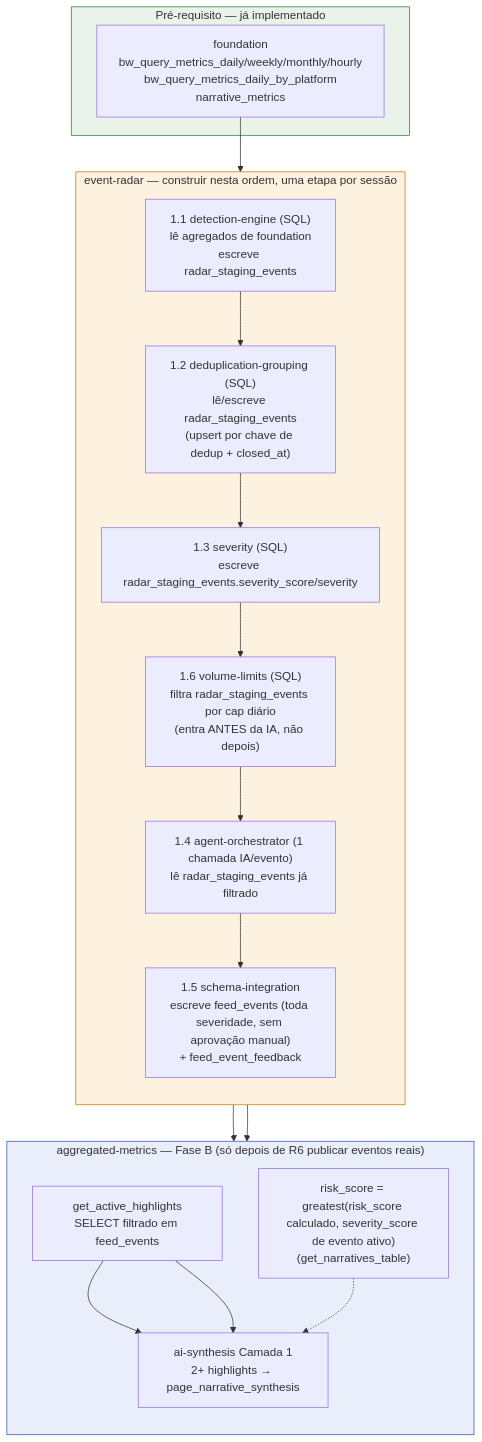
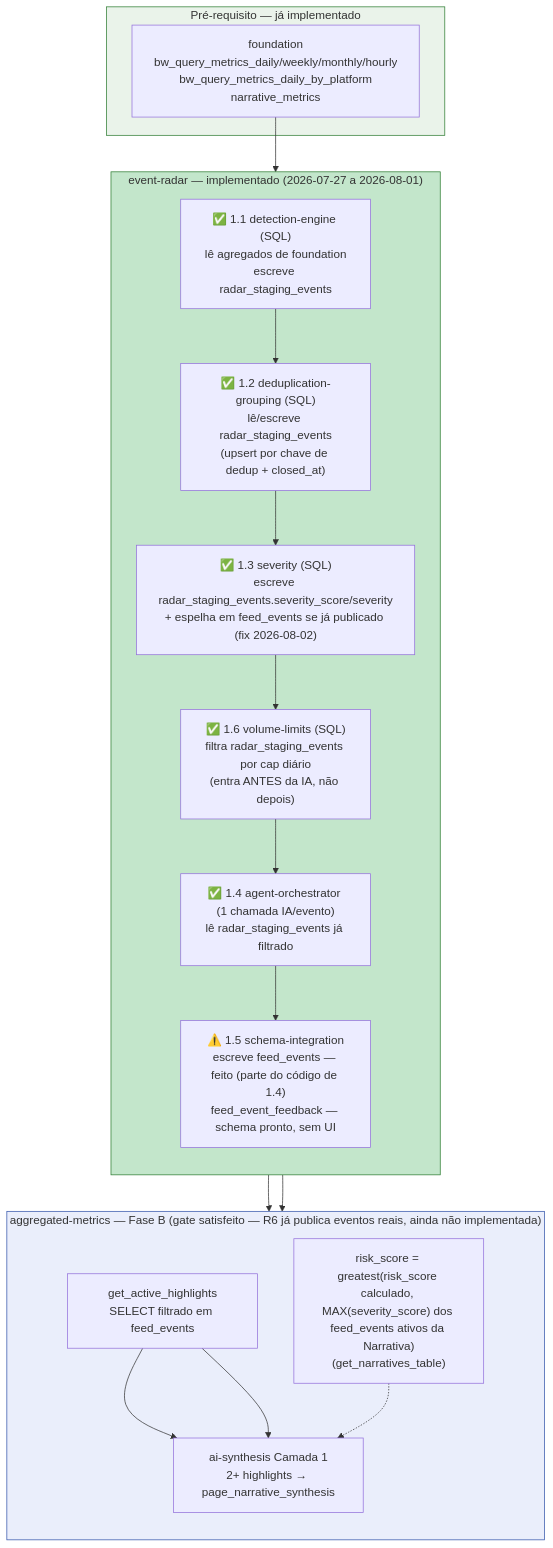
The first of 3 diagrams in .dev/specs/event-radar/fluxo-aggregated-metrics.md (reputationcustom/dev-reputation), drawn with Mermaid before and after one commit. The commit also changed other lines of this file and 31 other files, not shown here.

Commit message:
feat: radar frontend and backend. fix: narratives migration

````diff
--- a/.dev/specs/event-radar/fluxo-aggregated-metrics.md
+++ b/.dev/specs/event-radar/fluxo-aggregated-metrics.md
@@ -32,35 +53,35 @@
 ```mermaid
 flowchart TD
     subgraph PRE["Pré-requisito — já implementado"]
         FOUND["foundation<br/>bw_query_metrics_daily/weekly/monthly/hourly<br/>bw_query_metrics_daily_by_platform<br/>narrative_metrics"]
     end
 
-    subgraph RADAR["event-radar — construir nesta ordem, uma etapa por sessão"]
+    subgraph RADAR["event-radar — implementado (2026-07-27 a 2026-08-01)"]
         direction TB
-        R1["1.1 detection-engine (SQL)<br/>lê agregados de foundation<br/>escreve radar_staging_events"]
-        R2["1.2 deduplication-grouping (SQL)<br/>lê/escreve radar_staging_events<br/>(upsert por chave de dedup + closed_at)"]
-        R3["1.3 severity (SQL)<br/>escreve radar_staging_events.severity_score/severity"]
-        R4["1.6 volume-limits (SQL)<br/>filtra radar_staging_events por cap diário<br/>(entra ANTES da IA, não depois)"]
-        R5["1.4 agent-orchestrator (1 chamada IA/evento)<br/>lê radar_staging_events já filtrado"]
-        R6["1.5 schema-integration<br/>escreve feed_events (toda severidade, sem aprovação manual)<br/>+ feed_event_feedback"]
+        R1["✅ 1.1 detection-engine (SQL)<br/>lê agregados de foundation<br/>escreve radar_staging_events"]
+        R2["✅ 1.2 deduplication-grouping (SQL)<br/>lê/escreve radar_staging_events<br/>(upsert por chave de dedup + closed_at)"]
+        R3["✅ 1.3 severity (SQL)<br/>escreve radar_staging_events.severity_score/severity<br/>+ espelha em feed_events se já publicado (fix 2026-08-02)"]
+        R4["✅ 1.6 volume-limits (SQL)<br/>filtra radar_staging_events por cap diário<br/>(entra ANTES da IA, não depois)"]
+        R5["✅ 1.4 agent-orchestrator (1 chamada IA/evento)<br/>lê radar_staging_events já filtrado"]
+        R6["⚠️ 1.5 schema-integration<br/>escreve feed_events — feito (parte do código de 1.4)<br/>feed_event_feedback — schema pronto, sem UI"]
         R1 --> R2 --> R3 --> R4 --> R5 --> R6
     end
 
-    subgraph AGG["aggregated-metrics — Fase B (só depois de R6 publicar eventos reais)"]
+    subgraph AGG["aggregated-metrics — Fase B (gate satisfeito — R6 já publica eventos reais, ainda não implementada)"]
         direction TB
         A1["get_active_highlights<br/>SELECT filtrado em feed_events"]
-        A2["risk_score = greatest(risk_score calculado, severity_score de evento ativo)<br/>(get_narratives_table)"]
+        A2["risk_score = greatest(risk_score calculado, MAX(severity_score) dos feed_events ativos da Narrativa)<br/>(get_narratives_table)"]
         A3["ai-synthesis Camada 1<br/>2+ highlights → page_narrative_synthesis"]
         A1 --> A3
         A2 -.-> A3
     end
 
     FOUND --> R1
     R6 --> A1
     R6 --> A2
     A1 --> A3
 
     style PRE fill:#eaf3ea,stroke:#2e7d32
-    style RADAR fill:#fdf1e0,stroke:#c07a00
+    style RADAR fill:#c3e6cb,stroke:#2e7d32
     style AGG fill:#eaeefb,stroke:#3355aa
 ```
````
